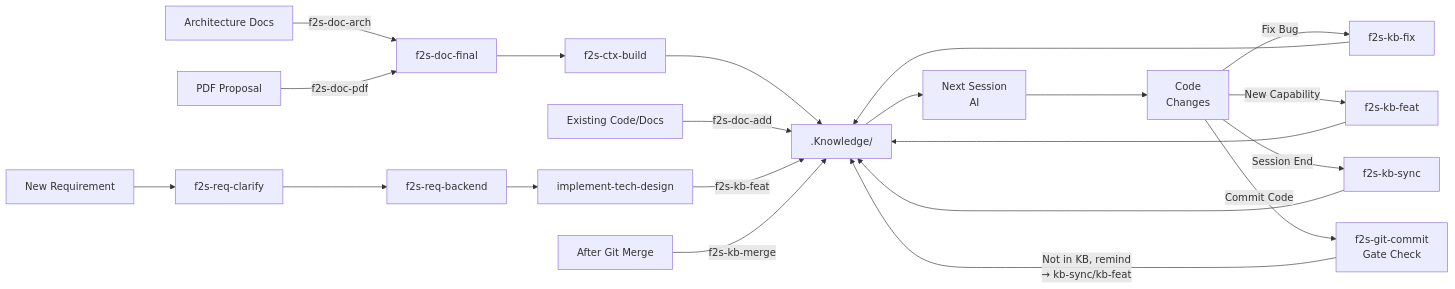
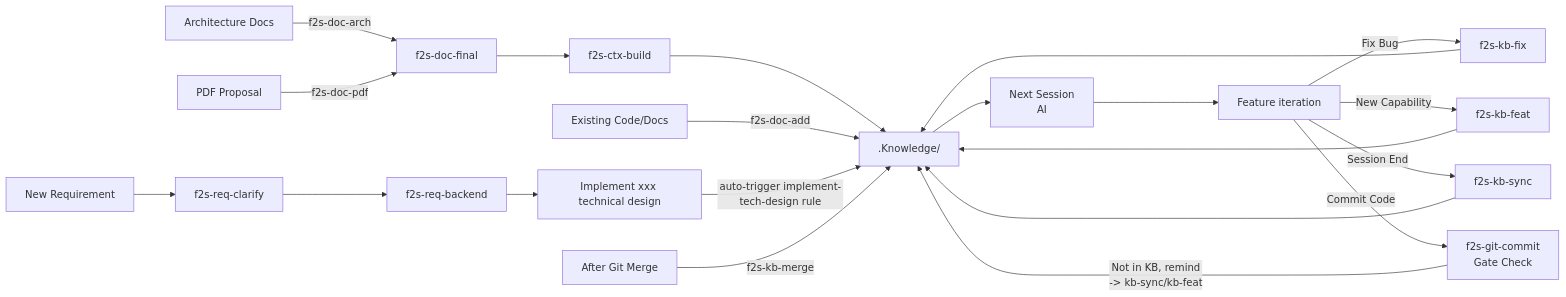
Before and after one commit to Lands-1203/Flow2Spec: the third of 7 diagrams in docs/design-principles.en.md, drawn with Mermaid. The commit also changed other lines of this file and 3 other files, not shown here.

````diff
--- a/docs/design-principles.en.md
+++ b/docs/design-principles.en.md
@@ -66,22 +66,22 @@
 ```mermaid
 graph LR
     K[".Knowledge/"] --> AI["Next Session\nAI"]
-    AI --> C["Code\nChanges"]
+    AI --> C["Feature iteration"]
 
     C -->|"Fix Bug"| FIX["f2s-kb-fix"] --> K
     C -->|"New Capability"| FEAT["f2s-kb-feat"] --> K
     C -->|"Session End"| SYNC["f2s-kb-sync"] --> K
     C -->|"Commit Code"| CMT["f2s-git-commit\nGate Check"]
-    CMT -->|"Not in KB, remind\n→ kb-sync/kb-feat"| K
+    CMT -->|"Not in KB, remind\n-> kb-sync/kb-feat"| K
 
     D1["Architecture Docs"] -->|f2s-doc-arch| FIN["f2s-doc-final"]
     D2["PDF Proposal"] -->|f2s-doc-pdf| FIN
     FIN --> CTX["f2s-ctx-build"] --> K
 
     OLD["Existing Code/Docs"] -->|f2s-doc-add| K
 
     NR["New Requirement"] --> CL["f2s-req-clarify"] --> BE["f2s-req-backend"]
-    BE --> IMPL["implement-tech-design"] -->|f2s-kb-feat| K
+    BE --> IMPL["Implement xxx technical design"] -->|auto-trigger implement-tech-design rule| K
 
     GIT["After Git Merge"] -->|f2s-kb-merge| K
 ```
````
